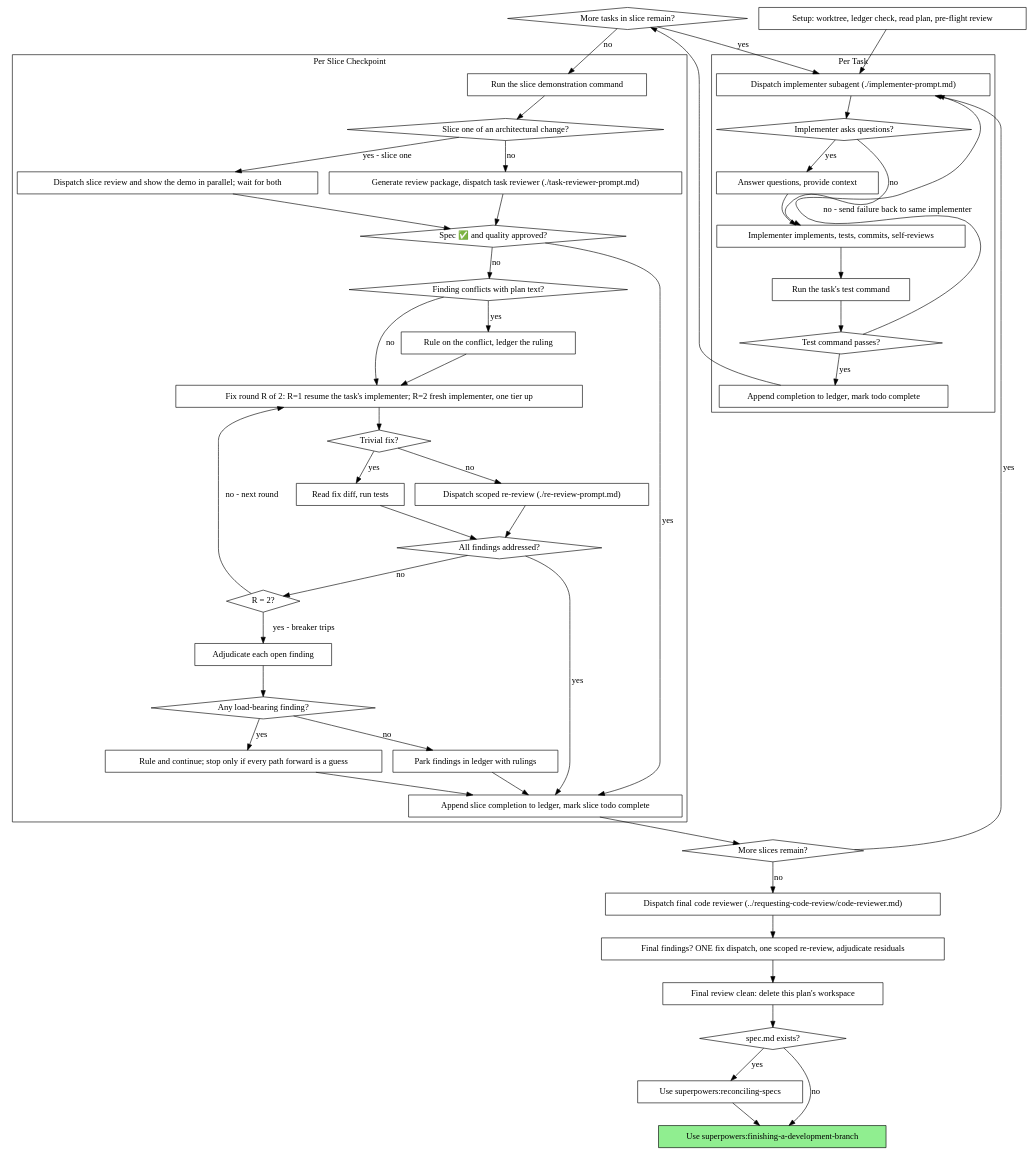
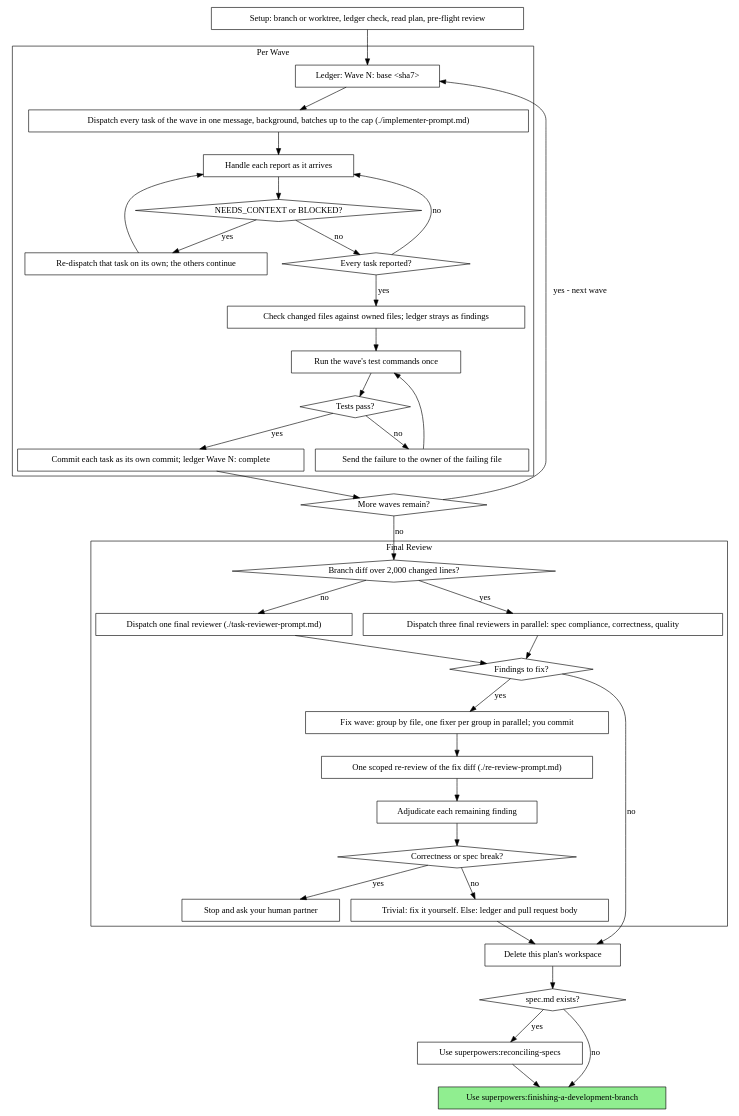
Before and after one commit to BlastBlastBlast/more_superpowers: the second of 2 diagrams in skills/subagent-driven-development/SKILL.md, drawn with Graphviz. The commit also changed other lines of this file, not shown here.

Commit message:
refactor: subagent-driven-development runs waves in parallel with one final review and one fix wave

```diff
--- a/skills/subagent-driven-development/SKILL.md
+++ b/skills/subagent-driven-development/SKILL.md
@@ -76,91 +72,72 @@
 digraph process {
     rankdir=TB;
 
-    subgraph cluster_per_task {
-        label="Per Task";
-        "Dispatch implementer subagent (./implementer-prompt.md)" [shape=box];
-        "Implementer asks questions?" [shape=diamond];
-        "Answer questions, provide context" [shape=box];
-        "Implementer implements, tests, commits, self-reviews" [shape=box];
-        "Run the task's test command" [shape=box];
-        "Test command passes?" [shape=diamond];
-        "Append completion to ledger, mark todo complete" [shape=box];
+    subgraph cluster_per_wave {
+        label="Per Wave";
+        "Ledger: Wave N: base <sha7>" [shape=box];
+        "Dispatch every task of the wave in one message, background, batches up to the cap (./implementer-prompt.md)" [shape=box];
+        "Handle each report as it arrives" [shape=box];
+        "NEEDS_CONTEXT or BLOCKED?" [shape=diamond];
+        "Re-dispatch that task on its own; the others continue" [shape=box];
+        "Every task reported?" [shape=diamond];
+        "Check changed files against owned files; ledger strays as findings" [shape=box];
+        "Run the wave's test commands once" [shape=box];
+        "Tests pass?" [shape=diamond];
+        "Send the failure to the owner of the failing file" [shape=box];
+        "Commit each task as its own commit; ledger Wave N: complete" [shape=box];
     }
 
-    subgraph cluster_per_slice {
-        label="Per Slice Checkpoint";
-        "Run the slice demonstration command" [shape=box];
-        "Slice one of an architectural change?" [shape=diamond];
-        "Dispatch slice review and show the demo in parallel; wait for both" [shape=box];
-        "Generate review package, dispatch task reviewer (./task-reviewer-prompt.md)" [shape=box];
-        "Spec ✅ and quality approved?" [shape=diamond];
-        "Finding conflicts with plan text?" [shape=diamond];
-        "Rule on the conflict, ledger the ruling" [shape=box];
-        "Fix round R of 2: R=1 resume the task's implementer; R=2 fresh implementer, one tier up" [shape=box];
-        "Trivial fix?" [shape=diamond];
-        "Read fix diff, run tests" [shape=box];
-        "Dispatch scoped re-review (./re-review-prompt.md)" [shape=box];
-        "All findings addressed?" [shape=diamond];
-        "R = 2?" [shape=diamond];
-        "Adjudicate each open finding" [shape=box];
-        "Any load-bearing finding?" [shape=diamond];
-        "Rule and continue; stop only if every path forward is a guess" [shape=box];
-        "Park findings in ledger with rulings" [shape=box];
-        "Append slice completion to ledger, mark slice todo complete" [shape=box];
+    subgraph cluster_final {
+        label="Final Review";
+        "Branch diff over 2,000 changed lines?" [shape=diamond];
+        "Dispatch one final reviewer (./task-reviewer-prompt.md)" [shape=box];
+        "Dispatch three final reviewers in parallel: spec compliance, correctness, quality" [shape=box];
+        "Findings to fix?" [shape=diamond];
+        "Fix wave: group by file, one fixer per group in parallel; you commit" [shape=box];
+        "One scoped re-review of the fix diff (./re-review-prompt.md)" [shape=box];
+        "Adjudicate each remaining finding" [shape=box];
+        "Correctness or spec break?" [shape=diamond];
+        "Stop and ask your human partner" [shape=box];
+        "Trivial: fix it yourself. Else: ledger and pull request body" [shape=box];
     }
 
-    "Setup: worktree, ledger check, read plan, pre-flight review" [shape=box];
-    "More tasks in slice remain?" [shape=diamond];
-    "More slices remain?" [shape=diamond];
-    "Dispatch final code reviewer (../requesting-code-review/code-reviewer.md)" [shape=box];
-    "Final findings? ONE fix dispatch, one scoped re-review, adjudicate residuals" [shape=box];
-    "Final review clean: delete this plan's workspace" [shape=box];
+    "Setup: branch or worktree, ledger check, read plan, pre-flight review" [shape=box];
+    "More waves remain?" [shape=diamond];
+    "Delete this plan's workspace" [shape=box];
     "spec.md exists?" [shape=diamond];
     "Use superpowers:reconciling-specs" [shape=box];
     "Use superpowers:finishing-a-development-branch" [shape=box style=filled fillcolor=lightgreen];
 
-    "Setup: worktree, ledger check, read plan, pre-flight review" -> "Dispatch implementer subagent (./implementer-prompt.md)";
-    "Dispatch implementer subagent (./implementer-prompt.md)" -> "Implementer asks questions?";
-    "Implementer asks questions?" -> "Answer questions, provide context" [label="yes"];
-    "Answer questions, provide context" -> "Implementer implements, tests, commits, self-reviews";
-    "Implementer asks questions?" -> "Implementer implements, tests, commits, self-reviews" [label="no"];
-    "Implementer implements, tests, commits, self-reviews" -> "Run the task's test command";
-    "Run the task's test command" -> "Test command passes?";
-    "Test command passes?" -> "Append completion to ledger, mark todo complete" [label="yes"];
-    "Test command passes?" -> "Dispatch implementer subagent (./implementer-prompt.md)" [label="no - send failure back to same implementer"];
-    "Append completion to ledger, mark todo complete" -> "More tasks in slice remain?";
-    "More tasks in slice remain?" -> "Dispatch implementer subagent (./implementer-prompt.md)" [label="yes"];
-    "More tasks in slice remain?" -> "Run the slice demonstration command" [label="no"];
-    "Run the slice demonstration command" -> "Slice one of an architectural change?";
-    "Slice one of an architectural change?" -> "Dispatch slice review and show the demo in parallel; wait for both" [label="yes - slice one"];
-    "Slice one of an architectural change?" -> "Generate review package, dispatch task reviewer (./task-reviewer-prompt.md)" [label="no"];
-    "Dispatch slice review and show the demo in parallel; wait for both" -> "Spec ✅ and quality approved?";
-    "Generate review package, dispatch task reviewer (./task-reviewer-prompt.md)" -> "Spec ✅ and quality approved?";
-    "Spec ✅ and quality approved?" -> "Append slice completion to ledger, mark slice todo complete" [label="yes"];
-    "Spec ✅ and quality approved?" -> "Finding conflicts with plan text?" [label="no"];
-    "Finding conflicts with plan text?" -> "Rule on the conflict, ledger the ruling" [label="yes"];
-    "Rule on the conflict, ledger the ruling" -> "Fix round R of 2: R=1 resume the task's implementer; R=2 fresh implementer, one tier up";
-    "Finding conflicts with plan text?" -> "Fix round R of 2: R=1 resume the task's implementer; R=2 fresh implementer, one tier up" [label="no"];
-    "Fix round R of 2: R=1 resume the task's implementer; R=2 fresh implementer, one tier up" -> "Trivial fix?";
-    "Trivial fix?" -> "Read fix diff, run tests" [label="yes"];
-    "Trivial fix?" -> "Dispatch scoped re-review (./re-review-prompt.md)" [label="no"];
-    "Read fix diff, run tests" -> "All findings addressed?";
-    "Dispatch scoped re-review (./re-review-prompt.md)" -> "All findings addressed?";
-    "All findings addressed?" -> "Append slice completion to ledger, mark slice todo complete" [label="yes"];
-    "All findings addressed?" -> "R = 2?" [label="no"];
-    "R = 2?" -> "Fix round R of 2: R=1 resume the task's implementer; R=2 fresh implementer, one tier up" [label="no - next round"];
-    "R = 2?" -> "Adjudicate each open finding" [label="yes - breaker trips"];
-    "Adjudicate each open finding" -> "Any load-bearing finding?";
-    "Any load-bearing finding?" -> "Rule and continue; stop only if every path forward is a guess" [label="yes"];
-    "Any load-bearing finding?" -> "Park findings in ledger with rulings" [label="no"];
-    "Rule and continue; stop only if every path forward is a guess" -> "Append slice completion to ledger, mark slice todo complete";
-    "Park findings in ledger with rulings" -> "Append slice completion to ledger, mark slice todo complete";
-    "Append slice completion to ledger, mark slice todo complete" -> "More slices remain?";
-    "More slices remain?" -> "Dispatch implementer subagent (./implementer-prompt.md)" [label="yes"];
-    "More slices remain?" -> "Dispatch final code reviewer (../requesting-code-review/code-reviewer.md)" [label="no"];
-    "Dispatch final code reviewer (../requesting-code-review/code-reviewer.md)" -> "Final findings? ONE fix dispatch, one scoped re-review, adjudicate residuals";
-    "Final findings? ONE fix dispatch, one scoped re-review, adjudicate residuals" -> "Final review clean: delete this plan's workspace";
-    "Final review clean: delete this plan's workspace" -> "spec.md exists?";
+    "Setup: branch or worktree, ledger check, read plan, pre-flight review" -> "Ledger: Wave N: base <sha7>";
+    "Ledger: Wave N: base <sha7>" -> "Dispatch every task of the wave in one message, background, batches up to the cap (./implementer-prompt.md)";
+    "Dispatch every task of the wave in one message, background, batches up to the cap (./implementer-prompt.md)" -> "Handle each report as it arrives";
+    "Handle each report as it arrives" -> "NEEDS_CONTEXT or BLOCKED?";
+    "NEEDS_CONTEXT or BLOCKED?" -> "Re-dispatch that task on its own; the others continue" [label="yes"];
+    "Re-dispatch that task on its own; the others continue" -> "Handle each report as it arrives";
+    "NEEDS_CONTEXT or BLOCKED?" -> "Every task reported?" [label="no"];
+    "Every task reported?" -> "Handle each report as it arrives" [label="no"];
+    "Every task reported?" -> "Check changed files against owned files; ledger strays as findings" [label="yes"];
+    "Check changed files against owned files; ledger strays as findings" -> "Run the wave's test commands once";
+    "Run the wave's test commands once" -> "Tests pass?";
+    "Tests pass?" -> "Send the failure to the owner of the failing file" [label="no"];
+    "Send the failure to the owner of the failing file" -> "Run the wave's test commands once";
+    "Tests pass?" -> "Commit each task as its own commit; ledger Wave N: complete" [label="yes"];
+    "Commit each task as its own commit; ledger Wave N: complete" -> "More waves remain?";
+    "More waves remain?" -> "Ledger: Wave N: base <sha7>" [label="yes - next wave"];
+    "More waves remain?" -> "Branch diff over 2,000 changed lines?" [label="no"];
+    "Branch diff over 2,000 changed lines?" -> "Dispatch one final reviewer (./task-reviewer-prompt.md)" [label="no"];
+    "Branch diff over 2,000 changed lines?" -> "Dispatch three final reviewers in parallel: spec compliance, correctness, quality" [label="yes"];
+    "Dispatch one final reviewer (./task-reviewer-prompt.md)" -> "Findings to fix?";
+    "Dispatch three final reviewers in parallel: spec compliance, correctness, quality" -> "Findings to fix?";
+    "Findings to fix?" -> "Delete this plan's workspace" [label="no"];
+    "Findings to fix?" -> "Fix wave: group by file, one fixer per group in parallel; you commit" [label="yes"];
+    "Fix wave: group by file, one fixer per group in parallel; you commit" -> "One scoped re-review of the fix diff (./re-review-prompt.md)";
+    "One scoped re-review of the fix diff (./re-review-prompt.md)" -> "Adjudicate each remaining finding";
+    "Adjudicate each remaining finding" -> "Correctness or spec break?";
+    "Correctness or spec break?" -> "Stop and ask your human partner" [label="yes"];
+    "Correctness or spec break?" -> "Trivial: fix it yourself. Else: ledger and pull request body" [label="no"];
+    "Trivial: fix it yourself. Else: ledger and pull request body" -> "Delete this plan's workspace";
+    "Delete this plan's workspace" -> "spec.md exists?";
     "spec.md exists?" -> "Use superpowers:reconciling-specs" [label="yes"];
     "spec.md exists?" -> "Use superpowers:finishing-a-development-branch" [label="no"];
     "Use superpowers:reconciling-specs" -> "Use superpowers:finishing-a-development-branch";
```
